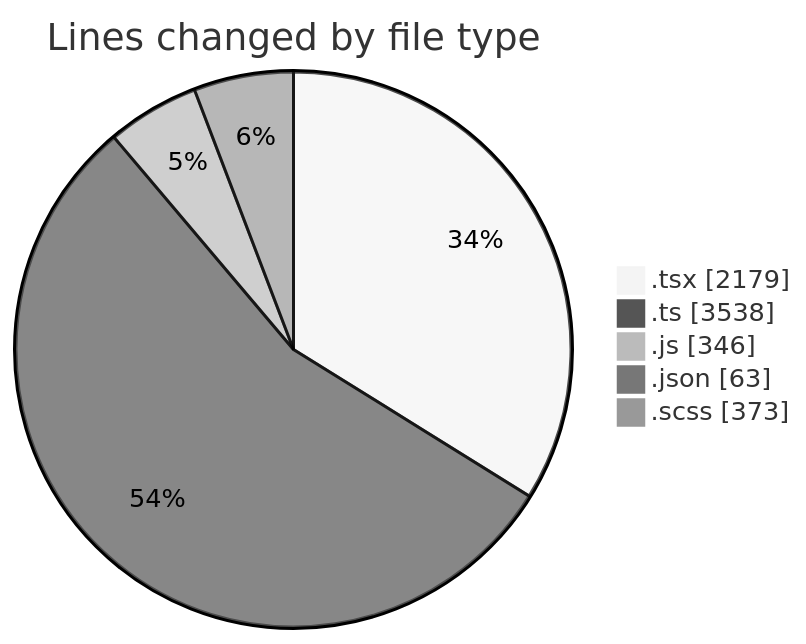
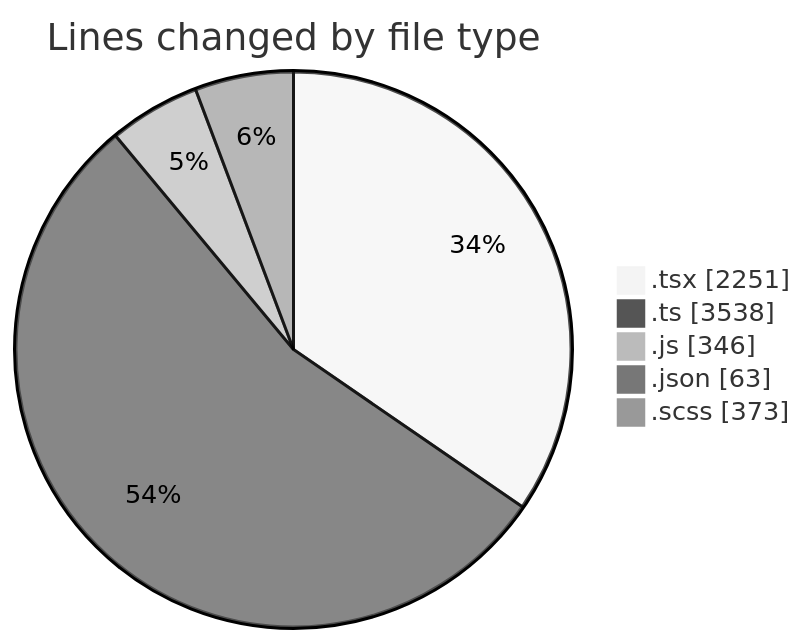
The first of 2 diagrams in 2025-12-01/cda/README.md (momahboobian/code-tracking), drawn with Mermaid (neutral theme) before and after one commit. The commit also changed other lines of this file and 1 other file, not shown here.

````diff
--- a/2025-12-01/cda/README.md
+++ b/2025-12-01/cda/README.md
@@ -33,9 +33,9 @@
 ```mermaid
 pie showData
 title Lines changed by file type
-".tsx" : 2179
+".tsx" : 2251
 ".ts" : 3538
 ".js" : 346
 ".json" : 63
 ".scss" : 373
 ```
````
